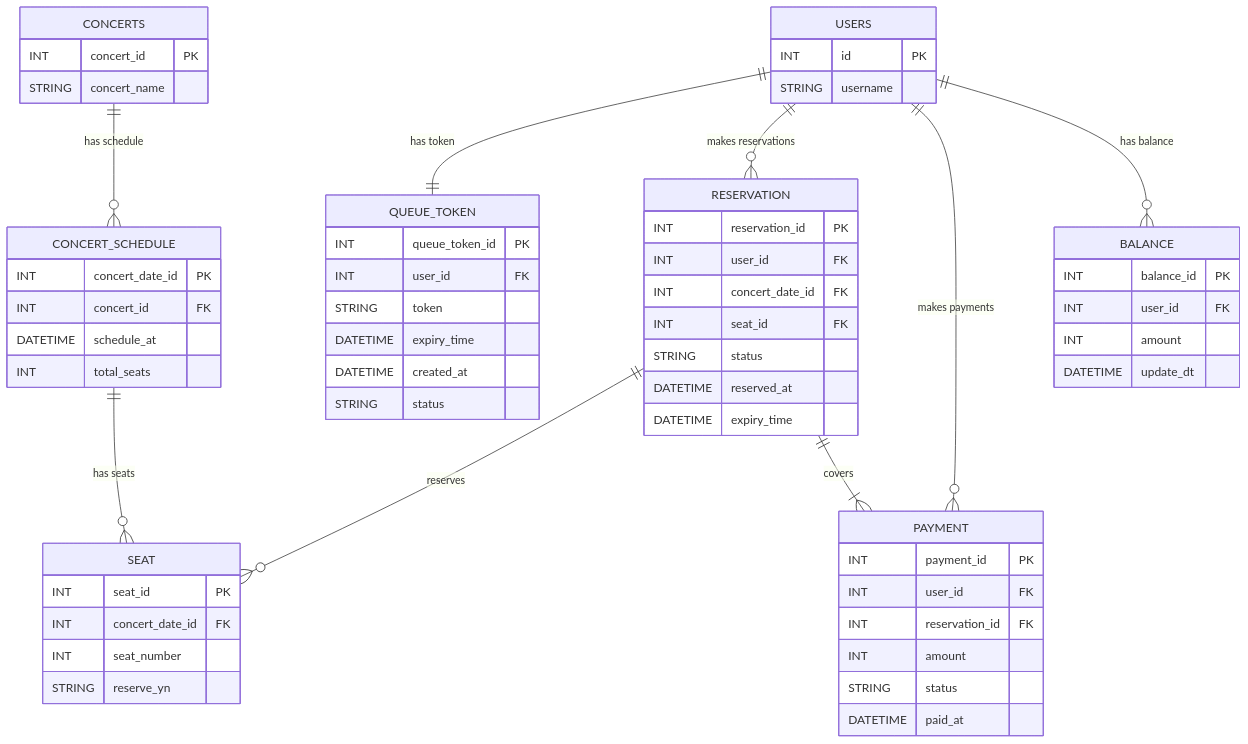
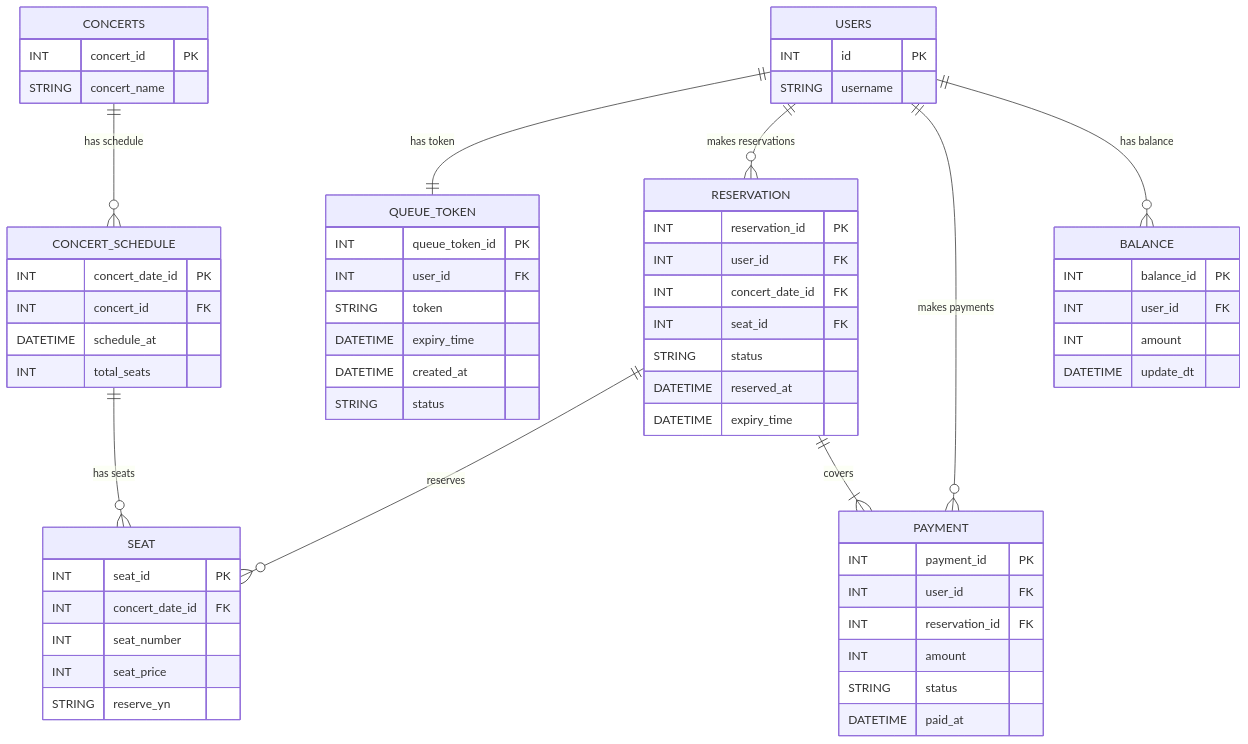
Before and after one commit to seungwontech/hhplus-concert-week3-5: the diagram in docs/ERD.md, drawn with Mermaid.

Commit message:
docs: 좌석 테이블에 좌석 금액 추가 #3

````diff
--- a/docs/ERD.md
+++ b/docs/ERD.md
@@ -5,71 +5,72 @@
 ```mermaid
 erDiagram
     USERS {
         INT id PK 
         STRING username 
     }
 
     CONCERTS {
         INT concert_id PK 
         STRING concert_name 
     }
 
     CONCERT_SCHEDULE {
         INT concert_date_id PK
         INT concert_id FK 
         DATETIME schedule_at
         INT total_seats
     }
 
     QUEUE_TOKEN {
         INT queue_token_id PK
         INT user_id FK
         STRING token 
         DATETIME expiry_time 
         DATETIME created_at
         STRING status
     }
 
     SEAT {
         INT seat_id PK 
         INT concert_date_id FK 
         INT seat_number 
+        INT seat_price
         STRING reserve_yn
     }
 
     RESERVATION {
         INT reservation_id PK 
         INT user_id FK 
         INT concert_date_id FK 
         INT seat_id FK 
         STRING status
         DATETIME reserved_at 
         DATETIME expiry_time
     }
 
     PAYMENT {
         INT payment_id PK 
         INT user_id FK 
         INT reservation_id FK 
         INT amount 
         STRING status 
         DATETIME paid_at
     }
 
     BALANCE {
         INT balance_id PK 
         INT user_id FK 
         INT amount
         DATETIME update_dt
     }
 
     CONCERTS ||--o{ CONCERT_SCHEDULE : "has schedule"
     CONCERT_SCHEDULE ||--o{ SEAT : "has seats"
     USERS ||--|| QUEUE_TOKEN : "has token"
     USERS ||--o{ RESERVATION : "makes reservations"
     USERS ||--o{ PAYMENT : "makes payments"
     RESERVATION ||--o{ SEAT : "reserves"
     RESERVATION ||--|{ PAYMENT : "covers"
     USERS ||--o{ BALANCE : "has balance"
 
 ```
````
